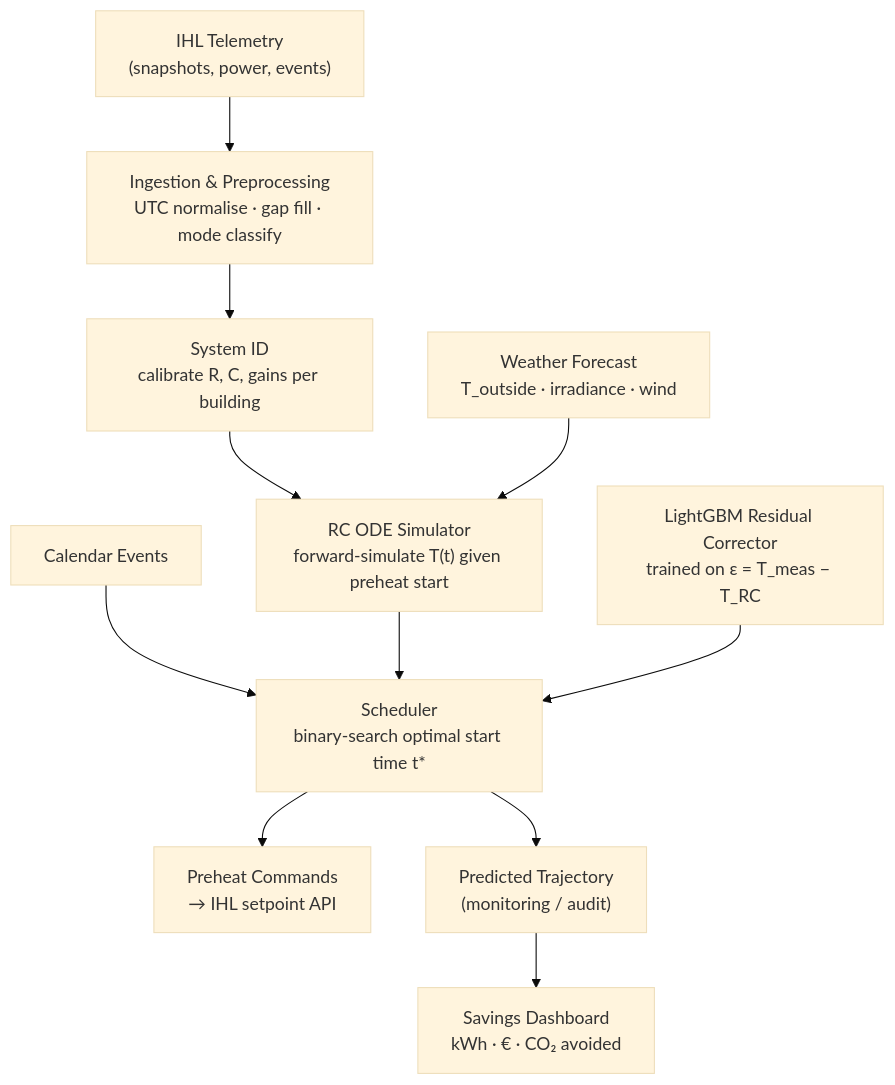
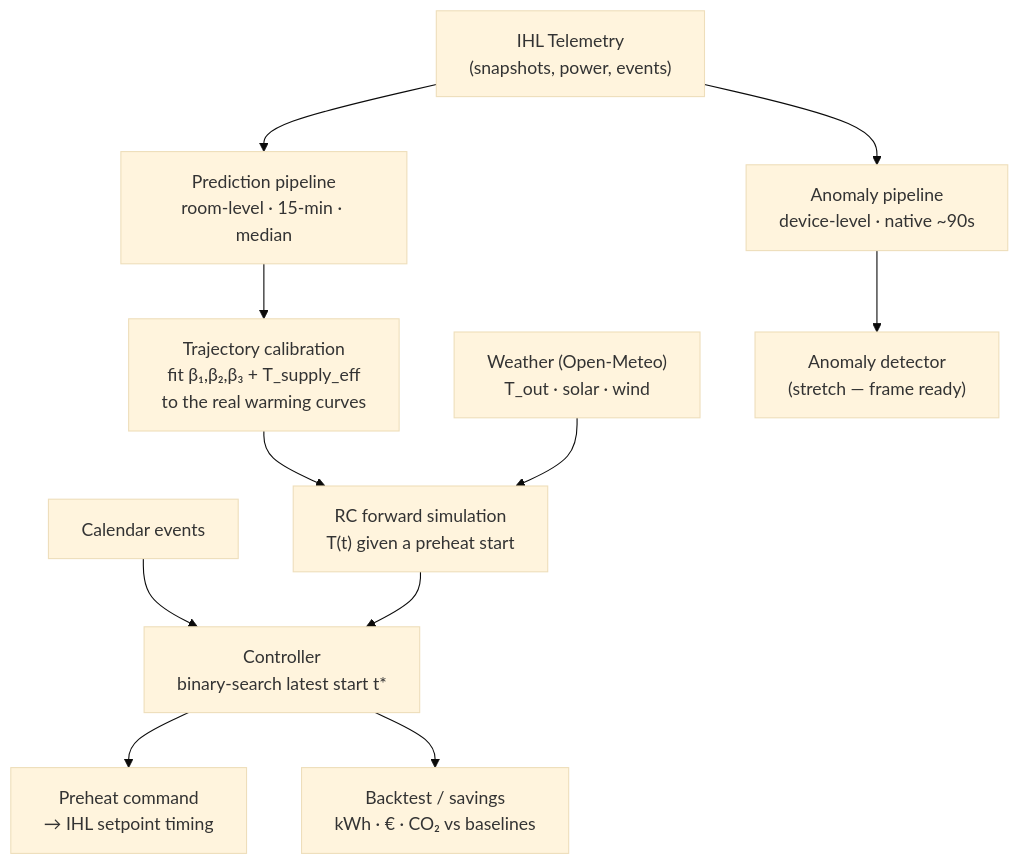
Before and after one commit to Syed-Bilal-Haider-Engineer/Fenners-LBEnergy: the diagram in README.md, drawn with Mermaid (base theme). The commit also changed other lines of this file and 13 other files, not shown here.

First line of the commit message:
feat: add trajectory calibration + event-level backtest

````diff
--- a/README.md
+++ b/README.md
@@ -52,13 +71,13 @@
 ```mermaid
 flowchart TD
-    A["IHL Telemetry<br/>(snapshots, power, events)"] --> B["Ingestion & Preprocessing<br/>UTC normalise · gap fill · mode classify"]
-    B --> C["System ID<br/>calibrate R, C, gains per building"]
-    C --> D["RC ODE Simulator<br/>forward-simulate T(t) given preheat start"]
-    E["Weather Forecast<br/>T_outside · irradiance · wind"] --> D
-    F["Calendar Events"] --> G["Scheduler<br/>binary-search optimal start time t*"]
+    A["IHL Telemetry<br/>(snapshots, power, events)"] --> P1["Prediction pipeline<br/>room-level · 15-min · median"]
+    A --> P2["Anomaly pipeline<br/>device-level · native ~90s"]
+    P1 --> C["Trajectory calibration<br/>fit β₁,β₂,β₃ + T_supply_eff<br/>to the real warming curves"]
+    C --> D["RC forward simulation<br/>T(t) given a preheat start"]
+    E["Weather (Open-Meteo)<br/>T_out · solar · wind"] --> D
+    F["Calendar events"] --> G["Controller<br/>binary-search latest start t*"]
     D --> G
-    H["LightGBM Residual Corrector<br/>trained on ε = T_meas − T_RC"] --> G
-    G --> I["Preheat Commands<br/>→ IHL setpoint API"]
-    G --> J["Predicted Trajectory<br/>(monitoring / audit)"]
-    J --> K["Savings Dashboard<br/>kWh · € · CO₂ avoided"]
+    G --> I["Preheat command<br/>→ IHL setpoint timing"]
+    G --> H["Backtest / savings<br/>kWh · € · CO₂ vs baselines"]
+    P2 --> J["Anomaly detector<br/>(stretch — frame ready)"]
 ```
````
